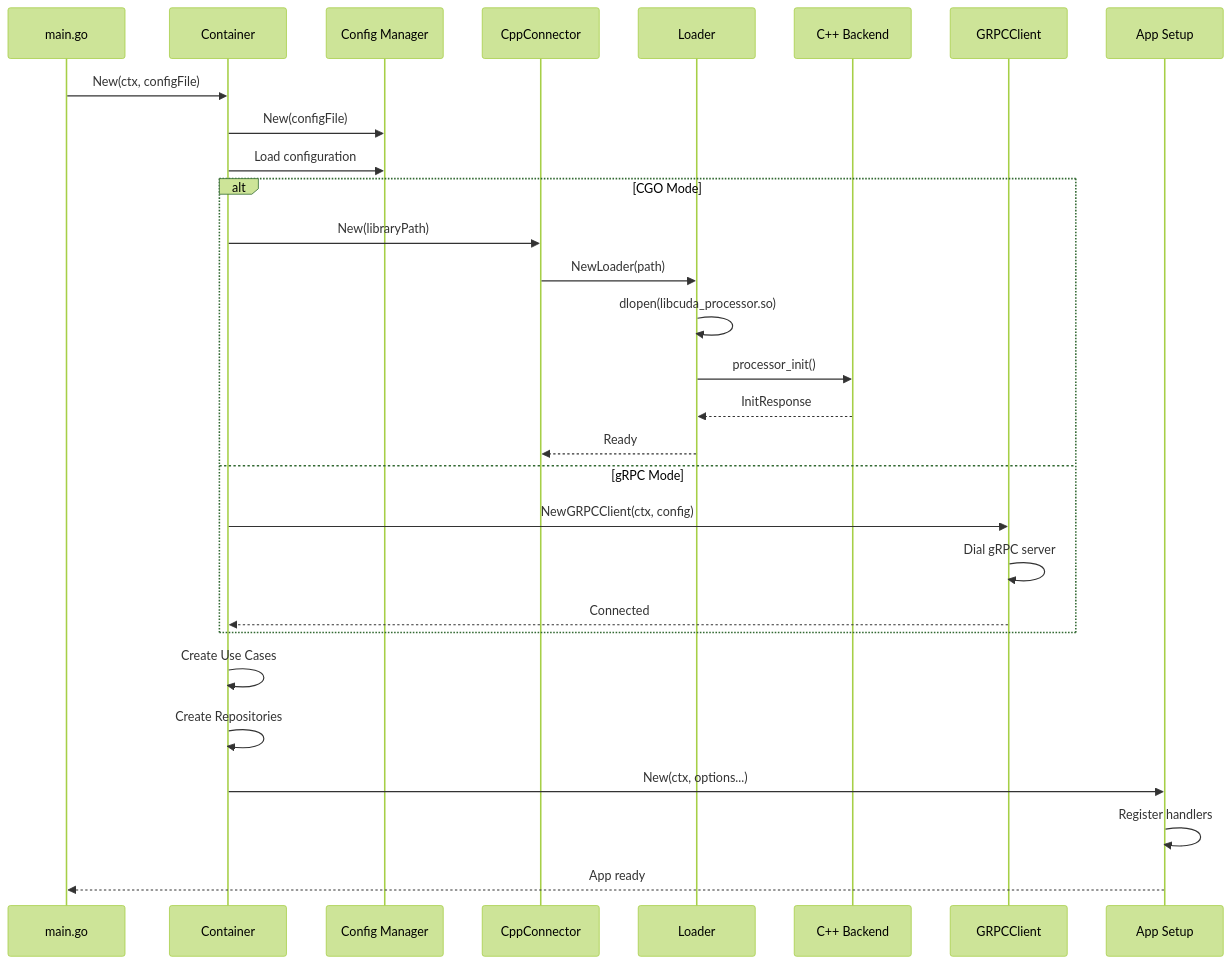
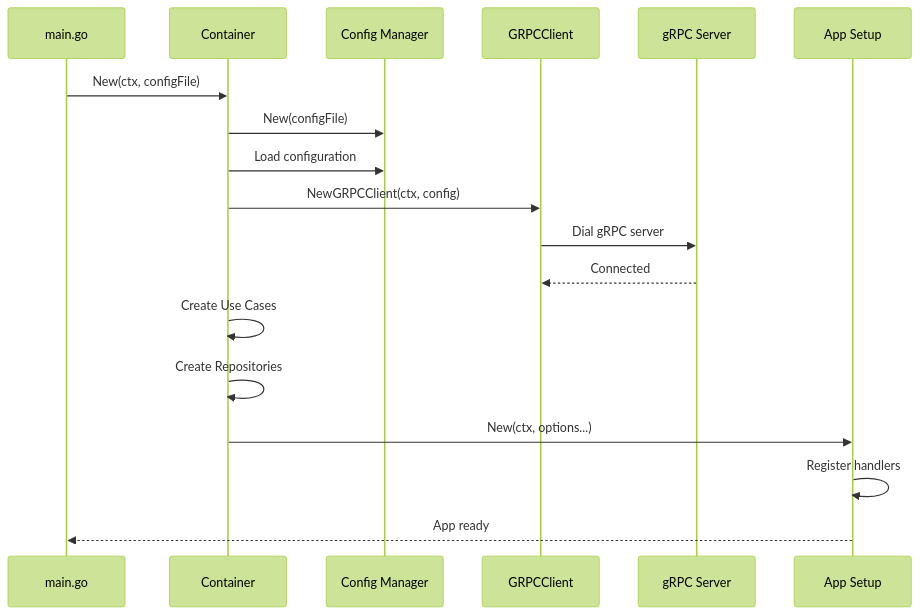
The second of 11 diagrams in webserver/README.md (josnelihurt/learning-cuda), drawn with Mermaid (forest theme) before and after one commit. The commit also changed other lines of this file and 239 other files, not shown here.

First line of the commit message:
feat(webrtc): migrate to gRPC-only backend and add WebRTC signaling (#581) (#603)

````diff
--- a/webserver/README.md
+++ b/webserver/README.md
@@ -280,34 +272,23 @@
 ```mermaid
 sequenceDiagram
     participant Main as main.go
     participant Container as Container
     participant Config as Config Manager
-    participant CppConn as CppConnector
-    participant Loader as Loader
-    participant CppBackend as C++ Backend
     participant GRPCClient as GRPCClient
+    participant GRPCServer as gRPC Server
     participant App as App Setup
     
     Main->>Container: New(ctx, configFile)
     Container->>Config: New(configFile)
     Container->>Config: Load configuration
     
-    alt CGO Mode
-        Container->>CppConn: New(libraryPath)
-        CppConn->>Loader: NewLoader(path)
-        Loader->>Loader: dlopen(libcuda_processor.so)
-        Loader->>CppBackend: processor_init()
-        CppBackend-->>Loader: InitResponse
-        Loader-->>CppConn: Ready
-    else gRPC Mode
-        Container->>GRPCClient: NewGRPCClient(ctx, config)
-        GRPCClient->>GRPCClient: Dial gRPC server
-        GRPCClient-->>Container: Connected
-    end
+    Container->>GRPCClient: NewGRPCClient(ctx, config)
+    GRPCClient->>GRPCServer: Dial gRPC server
+    GRPCServer-->>GRPCClient: Connected
     
     Container->>Container: Create Use Cases
     Container->>Container: Create Repositories
     Container->>App: New(ctx, options...)
     App->>App: Register handlers
     App-->>Main: App ready
 ```
````
